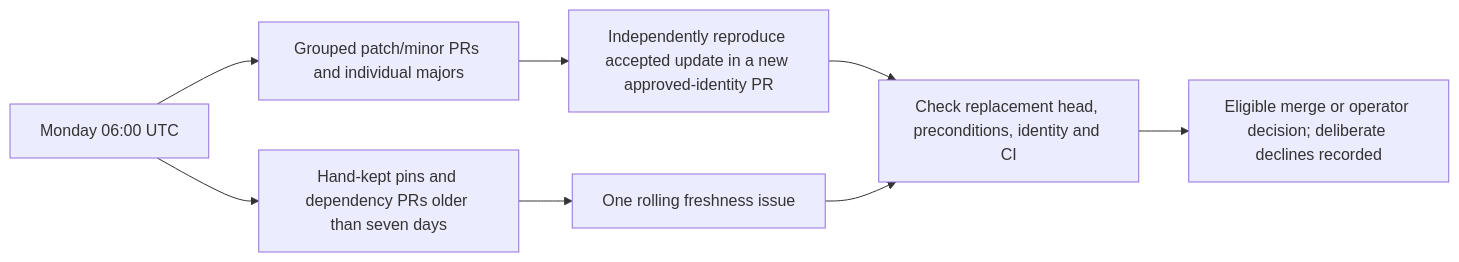
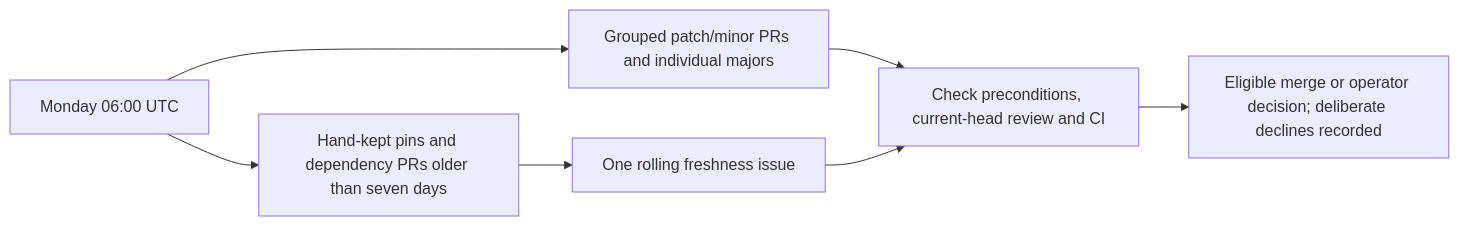
Before and after one commit to agenticcodingops/multi-ai-deep-research-pipeline: the diagram in docs/DEPENDENCY-UPDATES.md, drawn with Mermaid. The commit also changed other lines of this file and 8 other files, not shown here.

````diff
--- a/docs/DEPENDENCY-UPDATES.md
+++ b/docs/DEPENDENCY-UPDATES.md
@@ -104,10 +86,9 @@
 ```mermaid
 flowchart LR
     Monday[Monday 06:00 UTC] --> Bot[Grouped patch/minor PRs and individual majors]
     Monday --> Report[Hand-kept pins and dependency PRs older than seven days]
     Report --> Issue[One rolling freshness issue]
-    Bot --> Delivery[Independently reproduce accepted update in a new approved-identity PR]
-    Delivery --> Review[Check replacement head, preconditions, identity and CI]
+    Bot --> Review[Check preconditions, current-head review and CI]
     Issue --> Review
     Review --> Decision[Eligible merge or operator decision; deliberate declines recorded]
 ```
````
